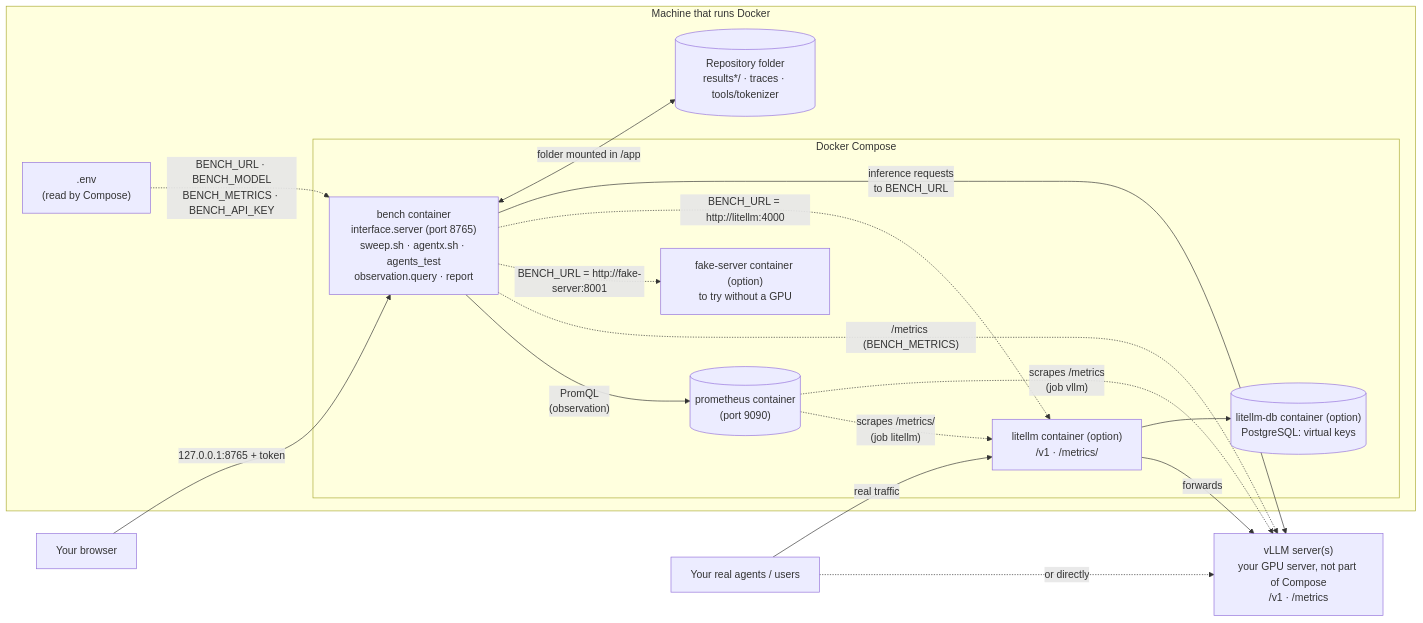
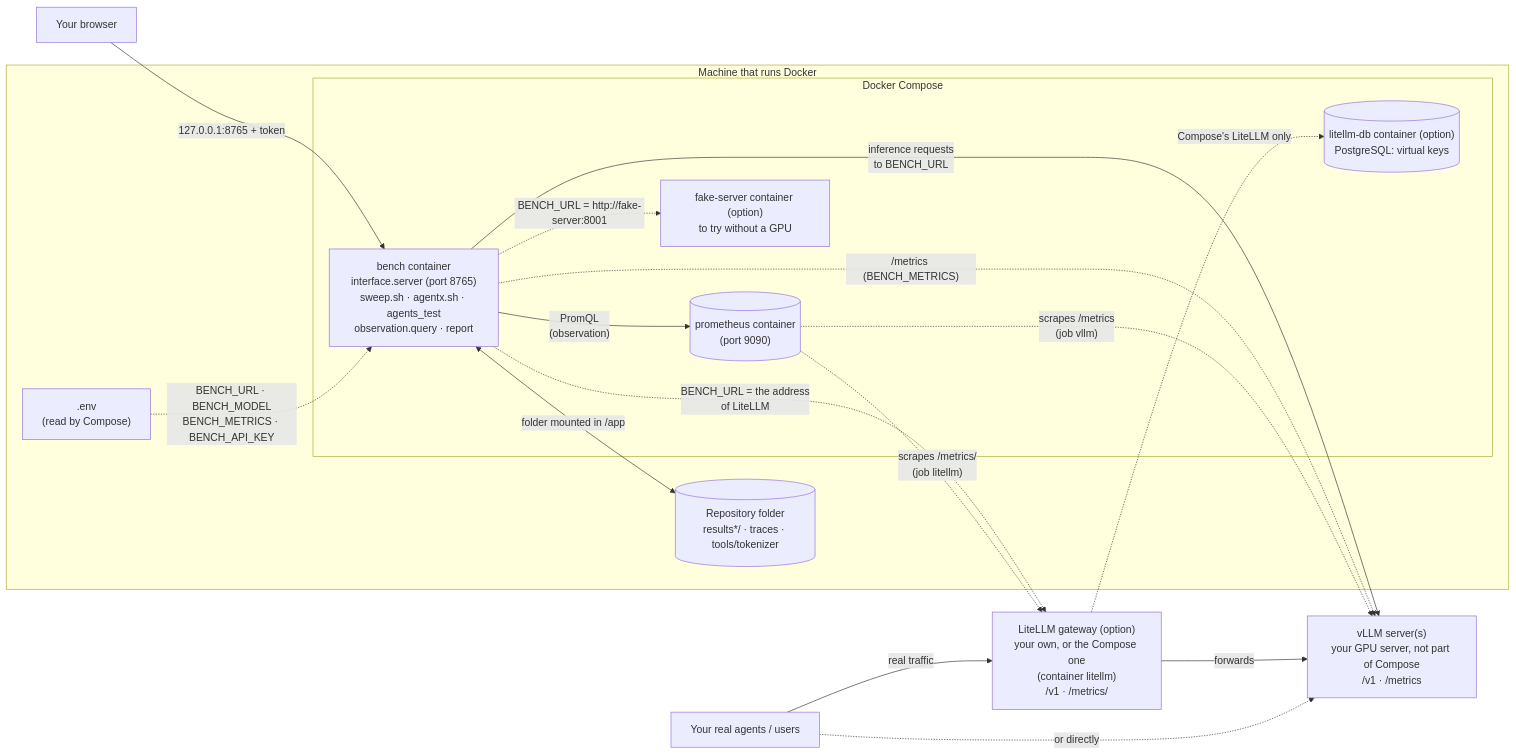
The second of 2 diagrams in README.md (Shevehs/banc-gpu), drawn with Mermaid before and after one commit. The commit also changed other lines of this file, not shown here.

Commit message:
README section 3: in the Docker diagram, LiteLLM is the one of Compose or your own (one diagram, not two)

````diff
--- a/README.md
+++ b/README.md
@@ -398,32 +398,32 @@
 ```mermaid
 flowchart LR
   you["Your browser"]
   subgraph host["Machine that runs Docker"]
     env[".env<br/>(read by Compose)"]
     folder[("Repository folder<br/>results*/ · traces · tools/tokenizer")]
     subgraph compose["Docker Compose"]
       bench["bench container<br/>interface.server (port 8765)<br/>sweep.sh · agentx.sh · agents_test<br/>observation.query · report"]
       prom[("prometheus container<br/>(port 9090)")]
-      gw["litellm container (option)<br/>/v1 · /metrics/"]
       db[("litellm-db container (option)<br/>PostgreSQL: virtual keys")]
       fake["fake-server container (option)<br/>to try without a GPU"]
     end
   end
+  gw["LiteLLM gateway (option)<br/>your own, or the Compose one<br/>(container litellm)<br/>/v1 · /metrics/"]
   vllm["vLLM server(s)<br/>your GPU server, not part of Compose<br/>/v1 · /metrics"]
   yours["Your real agents / users"]
 
   you -->|"127.0.0.1:8765 + token"| bench
   env -.->|"BENCH_URL · BENCH_MODEL<br/>BENCH_METRICS · BENCH_API_KEY"| bench
   bench <-->|"folder mounted in /app"| folder
   bench -->|"inference requests<br/>to BENCH_URL"| vllm
-  bench -.->|"BENCH_URL = http://litellm:4000"| gw
+  bench -.->|"BENCH_URL = the address<br/>of LiteLLM"| gw
   bench -.->|"BENCH_URL = http://fake-server:8001"| fake
-  gw --> db
+  gw -.->|"Compose's LiteLLM only"| db
   gw -->|forwards| vllm
   bench -. "/metrics (BENCH_METRICS)" .-> vllm
   bench -->|"PromQL<br/>(observation)"| prom
   prom -. "scrapes /metrics<br/>(job vllm)" .-> vllm
   prom -. "scrapes /metrics/<br/>(job litellm)" .-> gw
   yours -->|real traffic| gw
   yours -.->|or directly| vllm
 ```
````
